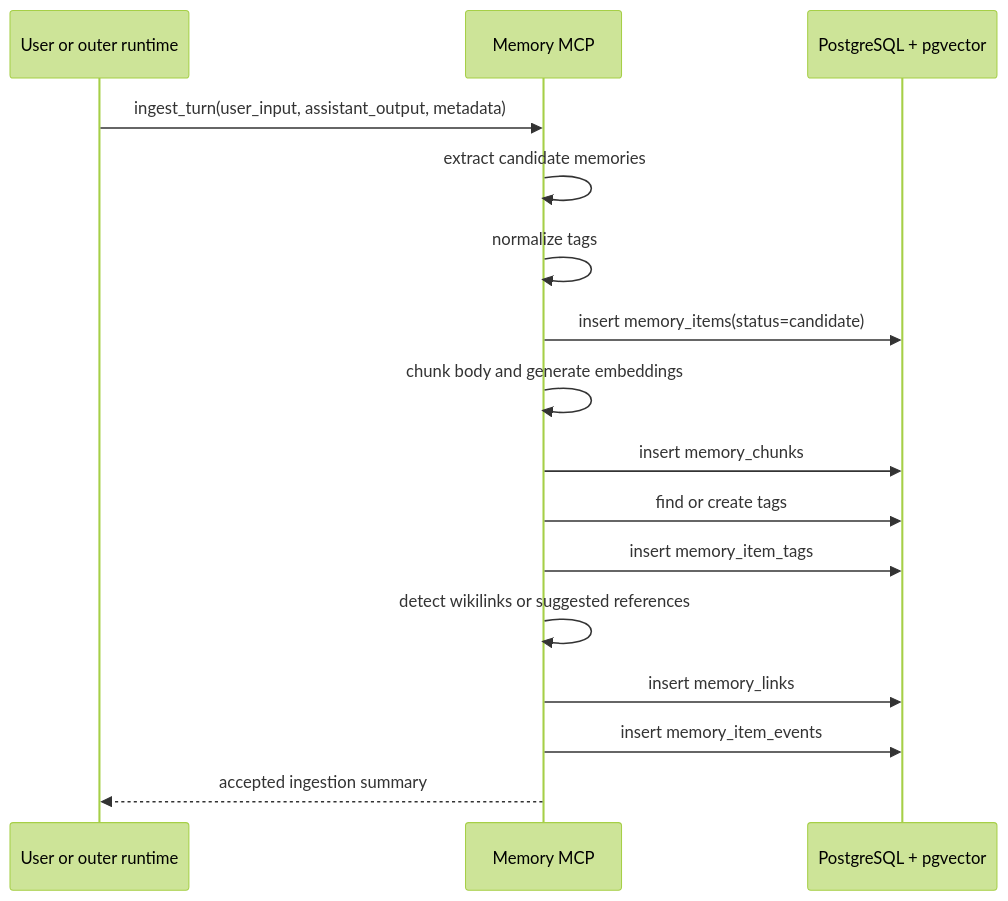
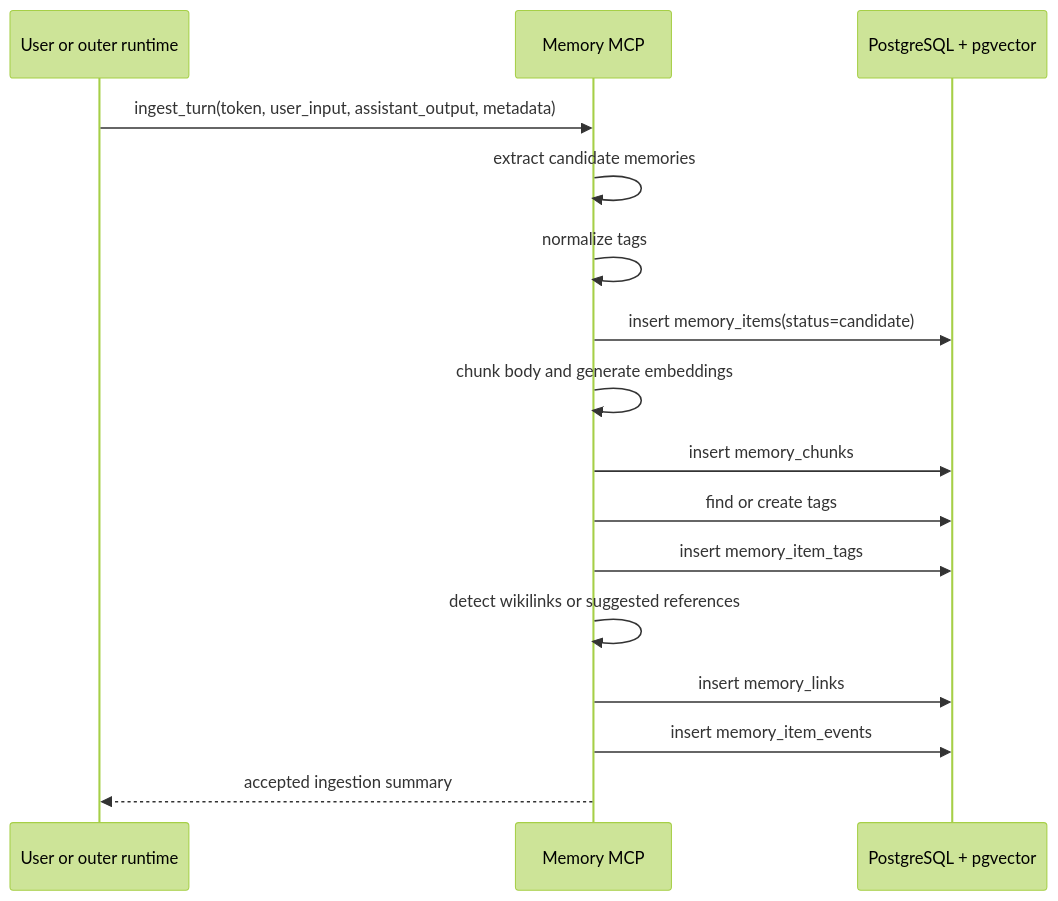
The ninth of 9 diagrams in docs/lifecycle.md (Oceankj/second_brain), drawn with Mermaid (forest theme) before and after one commit. The commit also changed other lines of this file and 54 other files, not shown here.

````diff
--- a/docs/lifecycle.md
+++ b/docs/lifecycle.md
@@ -165,19 +165,19 @@
 ```mermaid
 sequenceDiagram
   participant Caller as User or outer runtime
   participant MCP as Memory MCP
   participant DB as PostgreSQL + pgvector
 
-  Caller->>MCP: ingest_turn(user_input, assistant_output, metadata)
+  Caller->>MCP: ingest_turn(token, user_input, assistant_output, metadata)
   MCP->>MCP: extract candidate memories
   MCP->>MCP: normalize tags
   MCP->>DB: insert memory_items(status=candidate)
   MCP->>MCP: chunk body and generate embeddings
   MCP->>DB: insert memory_chunks
   MCP->>DB: find or create tags
   MCP->>DB: insert memory_item_tags
   MCP->>MCP: detect wikilinks or suggested references
   MCP->>DB: insert memory_links
   MCP->>DB: insert memory_item_events
   MCP-->>Caller: accepted ingestion summary
 ```
````
